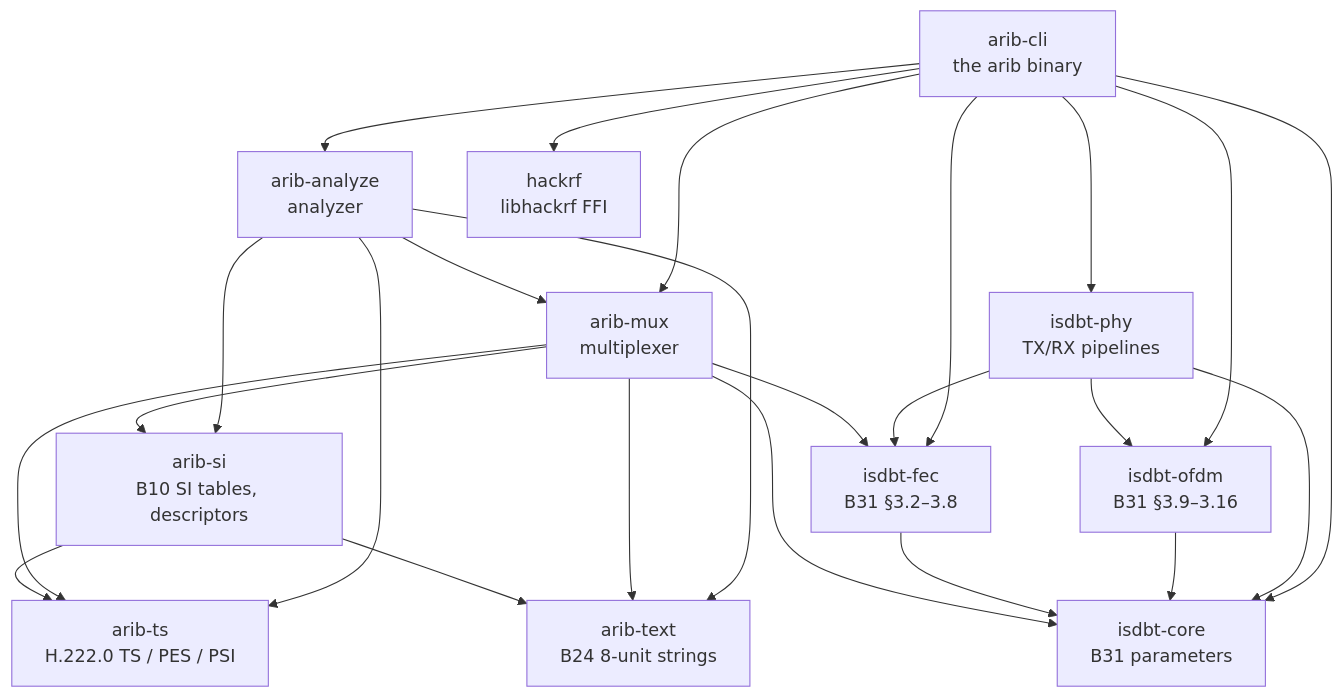
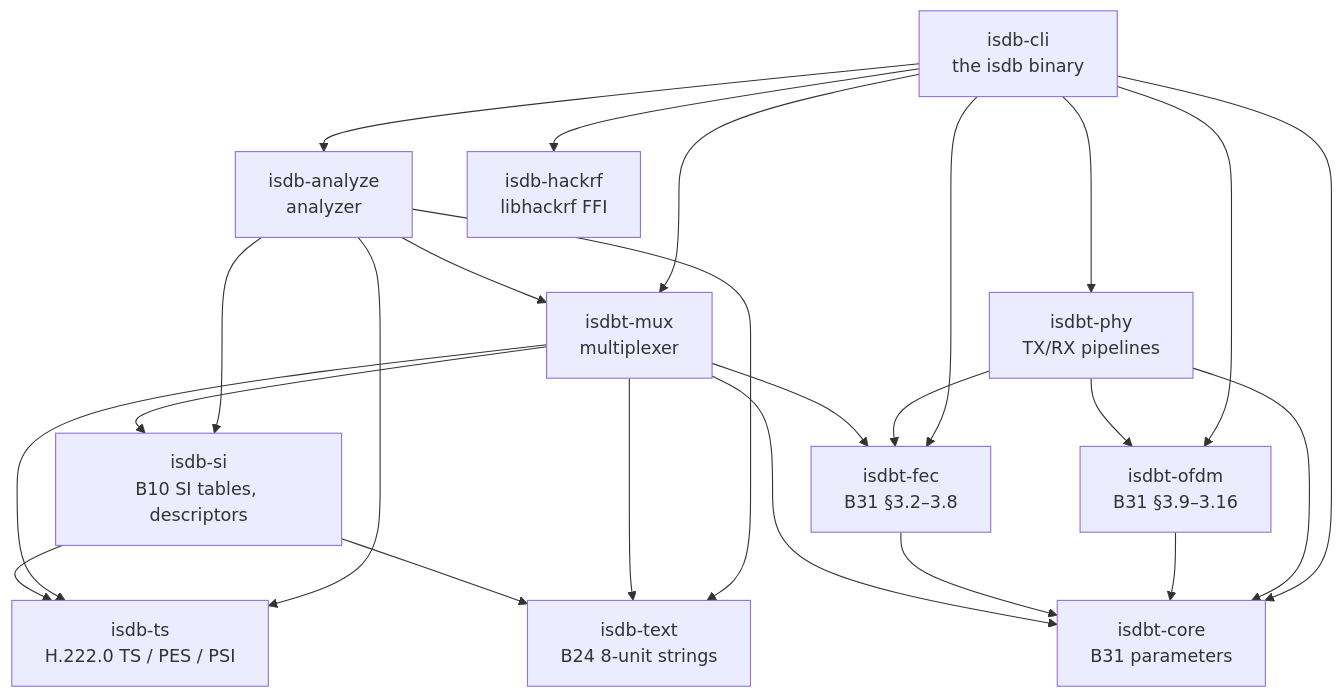
One commit to a1678991/isdb-rs changed the diagram in docs/architecture.md. Above: the diagram before and after it, drawn with Mermaid. The commit also changed other lines of this file and 263 other files, not shown here.

First line of the commit message:
refactor!: rename crates to isdb-*/isdbt-mux and the binary to isdb

````diff
--- a/docs/architecture.md
+++ b/docs/architecture.md
@@ -39,38 +39,38 @@
 ```mermaid
 graph TD
-  ts[arib-ts<br/>H.222.0 TS / PES / PSI]
-  text[arib-text<br/>B24 8-unit strings]
-  si[arib-si<br/>B10 SI tables, descriptors]
+  ts[isdb-ts<br/>H.222.0 TS / PES / PSI]
+  text[isdb-text<br/>B24 8-unit strings]
+  si[isdb-si<br/>B10 SI tables, descriptors]
   core[isdbt-core<br/>B31 parameters]
   fec[isdbt-fec<br/>B31 §3.2–3.8]
   ofdm[isdbt-ofdm<br/>B31 §3.9–3.16]
   phy[isdbt-phy<br/>TX/RX pipelines]
-  mux[arib-mux<br/>multiplexer]
-  ana[arib-analyze<br/>analyzer]
-  hrf[hackrf<br/>libhackrf FFI]
-  cli[arib-cli<br/>the arib binary]
+  mux[isdbt-mux<br/>multiplexer]
+  ana[isdb-analyze<br/>analyzer]
+  hrf[isdb-hackrf<br/>libhackrf FFI]
+  cli[isdb-cli<br/>the isdb binary]
 
   si --> ts
   si --> text
   mux --> ts
   mux --> si
   mux --> text
   mux --> core
   mux --> fec
   ana --> ts
   ana --> si
   ana --> text
   ana --> mux
   fec --> core
   ofdm --> core
   phy --> core
   phy --> fec
   phy --> ofdm
   cli --> mux
   cli --> ana
   cli --> phy
   cli --> fec
   cli --> ofdm
   cli --> core
   cli --> hrf
 ```
````
